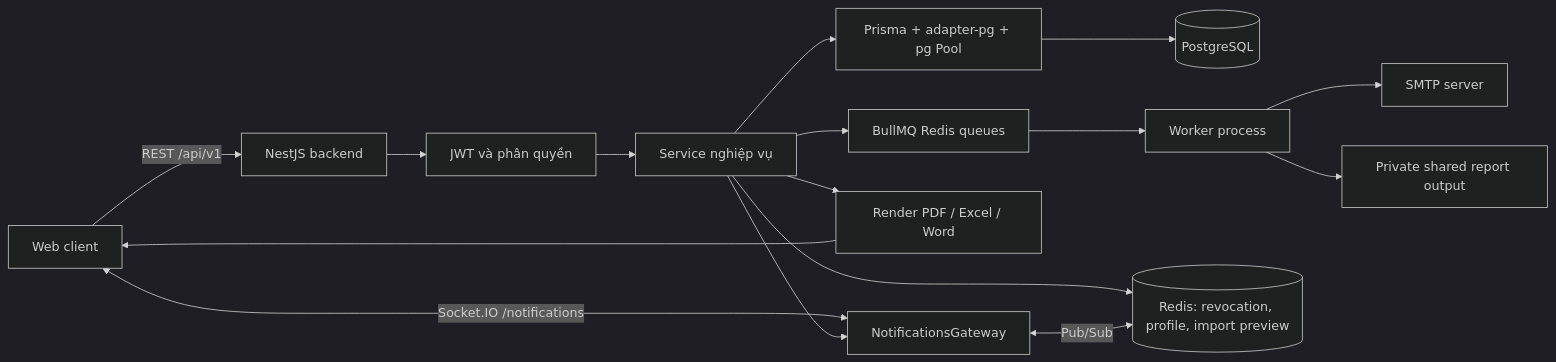
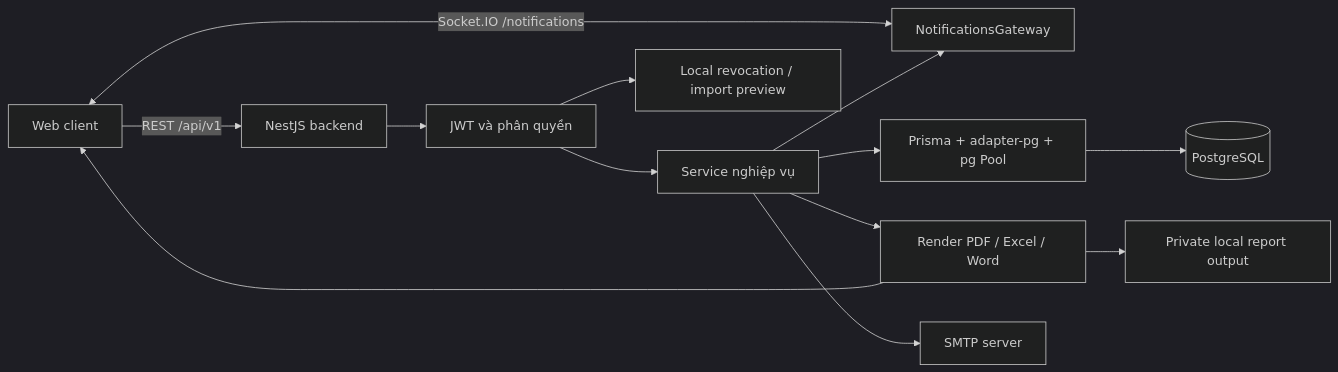
The first of 2 diagrams in docs/architecture.md (nguyenthanhsonn/APAG_BE), drawn with Mermaid (dark theme) before and after one commit. The commit also changed other lines of this file and 65 other files, not shown here.

Commit message:
refactor: remove queue and worker infrastructure in favor of synchronous processing

````diff
--- a/docs/architecture.md
+++ b/docs/architecture.md
@@ -11,18 +11,15 @@
 ```mermaid
 flowchart LR
     Client[Web client] -->|REST /api/v1| API[NestJS backend]
     Client <-->|Socket.IO /notifications| WS[NotificationsGateway]
     API --> Auth[JWT và phân quyền]
     Auth --> Services[Service nghiệp vụ]
     Services --> Prisma[Prisma + adapter-pg + pg Pool]
     Prisma --> DB[(PostgreSQL)]
     Services --> Files[Render PDF / Excel / Word]
     Files --> Client
-    Services --> Queue[BullMQ Redis queues]
-    Queue --> Worker[Worker process]
-    Worker --> SMTP[SMTP server]
-    Worker --> ExportFiles[Private shared report output]
+    Services --> SMTP[SMTP server]
+    Files --> ExportFiles[Private local report output]
     Services --> WS
-    Services --> Redis[(Redis: revocation, profile, import preview)]
-    WS <-->|Pub/Sub| Redis
+    Auth --> Local[Local revocation / import preview]
 ```
````
